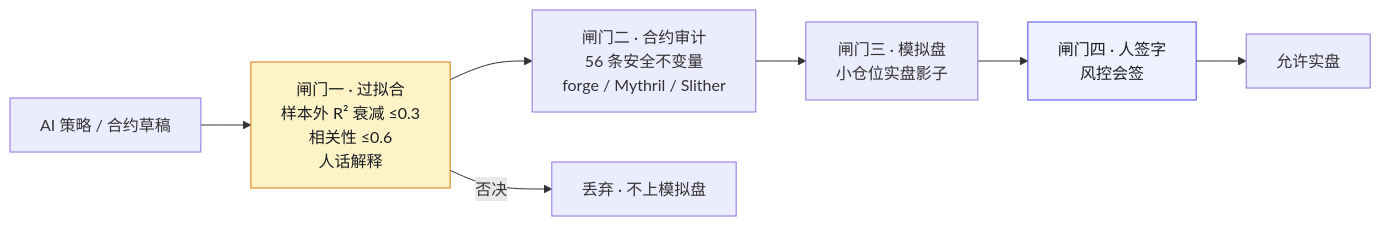
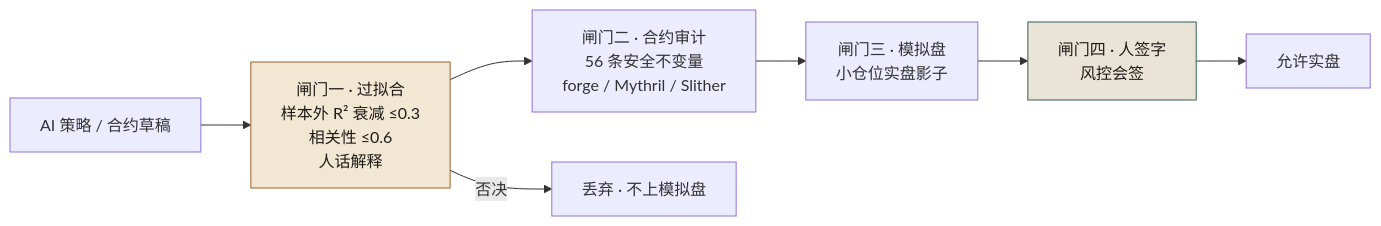
Before and after one commit to funny8kids/AI_Native_Software_Engineering: the third of 3 diagrams in docs/manuscript/ch36-案例三-暗流资本.md, drawn with Mermaid. The commit also changed other lines of this file and 81 other files, not shown here.

````diff
--- a/docs/manuscript/ch36-案例三-暗流资本.md
+++ b/docs/manuscript/ch36-案例三-暗流资本.md
@@ -229,11 +229,11 @@
 ```mermaid
 flowchart LR
   S[AI 策略 / 合约草稿] --> G1[闸门一 · 过拟合<br/>样本外 R² 衰减 ≤0.3<br/>相关性 ≤0.6<br/>人话解释]
   G1 --> G2[闸门二 · 合约审计<br/>56 条安全不变量<br/>forge / Mythril / Slither]
   G2 --> G3[闸门三 · 模拟盘<br/>小仓位实盘影子]
   G3 --> G4[闸门四 · 人签字<br/>风控会签]
   G4 --> LIVE[允许实盘]
   G1 -->|否决| DROP[丢弃 · 不上模拟盘]
-  style G1 fill:#fef3c7,stroke:#d97706,color:#1a1d23
-  style G4 fill:#eef2ff,stroke:#4f46e5,color:#1a1d23
+  style G1 fill:#f2e7d3,stroke:#9d6127,color:#1e1c19
+  style G4 fill:#eae4d6,stroke:#2f6154,color:#1e1c19
 ```
````
